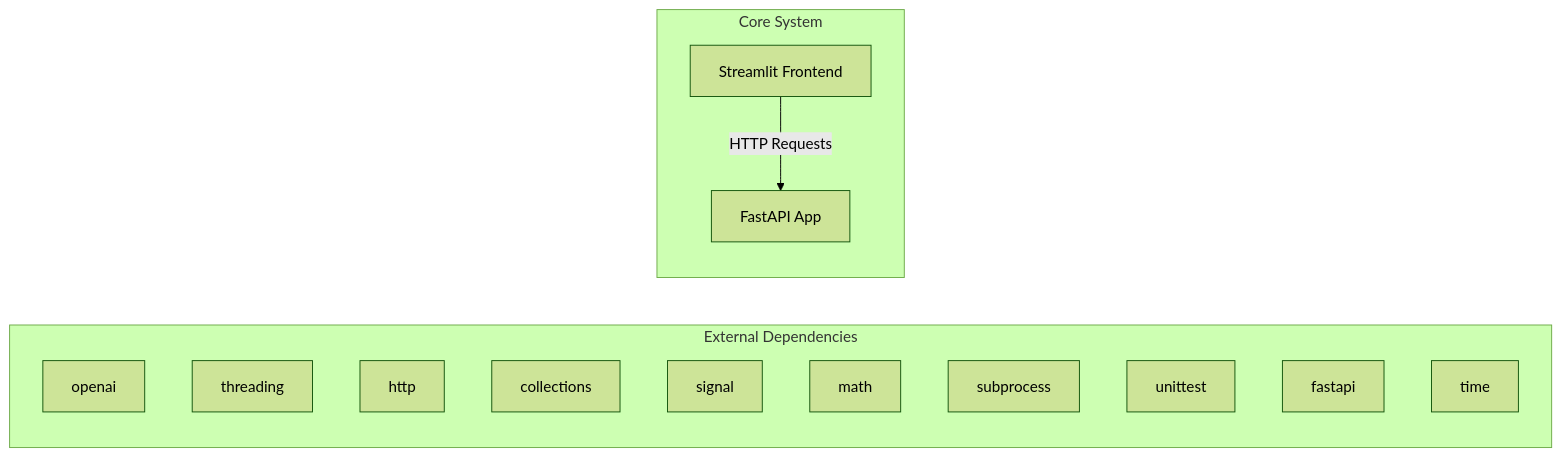
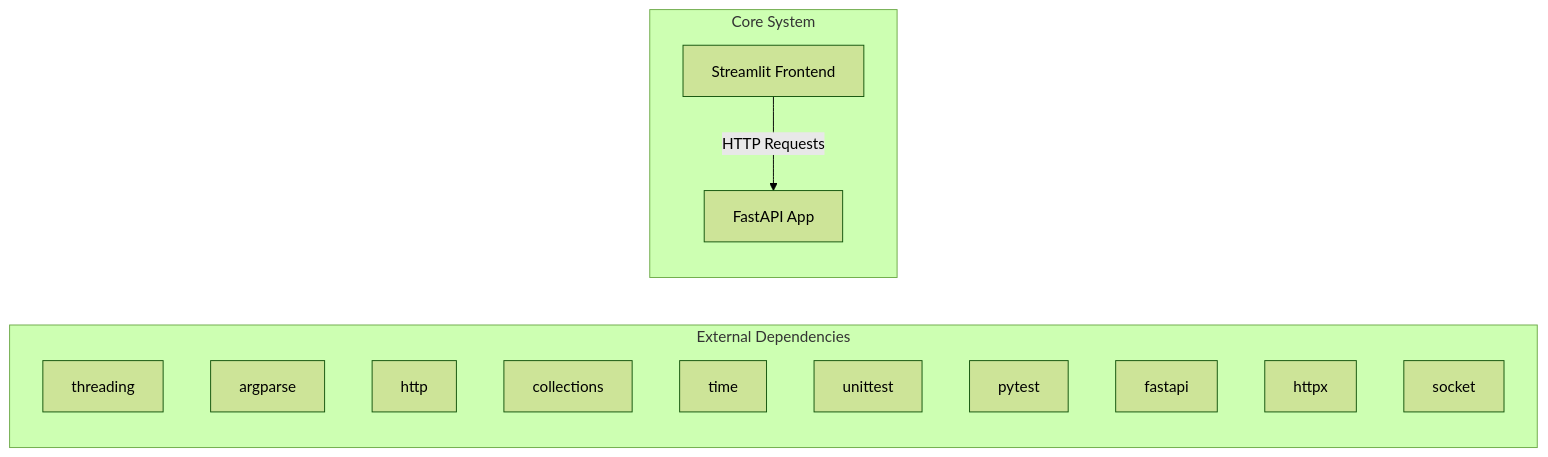
Before and after one commit to NITISH-R-G/rag-context-optimizer: the first of 2 diagrams in docs/architecture.md, drawn with Mermaid (forest theme). The commit also changed 1 other file, not shown here.

Commit message:
docs: auto-update repository knowledge, architecture diagrams, and documentation

````diff
--- a/docs/architecture.md
+++ b/docs/architecture.md
@@ -7,20 +7,20 @@
 ```mermaid
 graph LR
     subgraph External Dependencies
-        E0["openai"]
-        E1["threading"]
+        E0["threading"]
+        E1["argparse"]
         E2["http"]
         E3["collections"]
-        E4["signal"]
-        E5["math"]
-        E6["subprocess"]
-        E7["unittest"]
-        E8["fastapi"]
-        E9["time"]
+        E4["time"]
+        E5["unittest"]
+        E6["pytest"]
+        E7["fastapi"]
+        E8["httpx"]
+        E9["socket"]
     end
     subgraph Core System
         API["FastAPI App"]
         UI["Streamlit Frontend"]
     end
     UI -->|HTTP Requests| API
 ```
````
